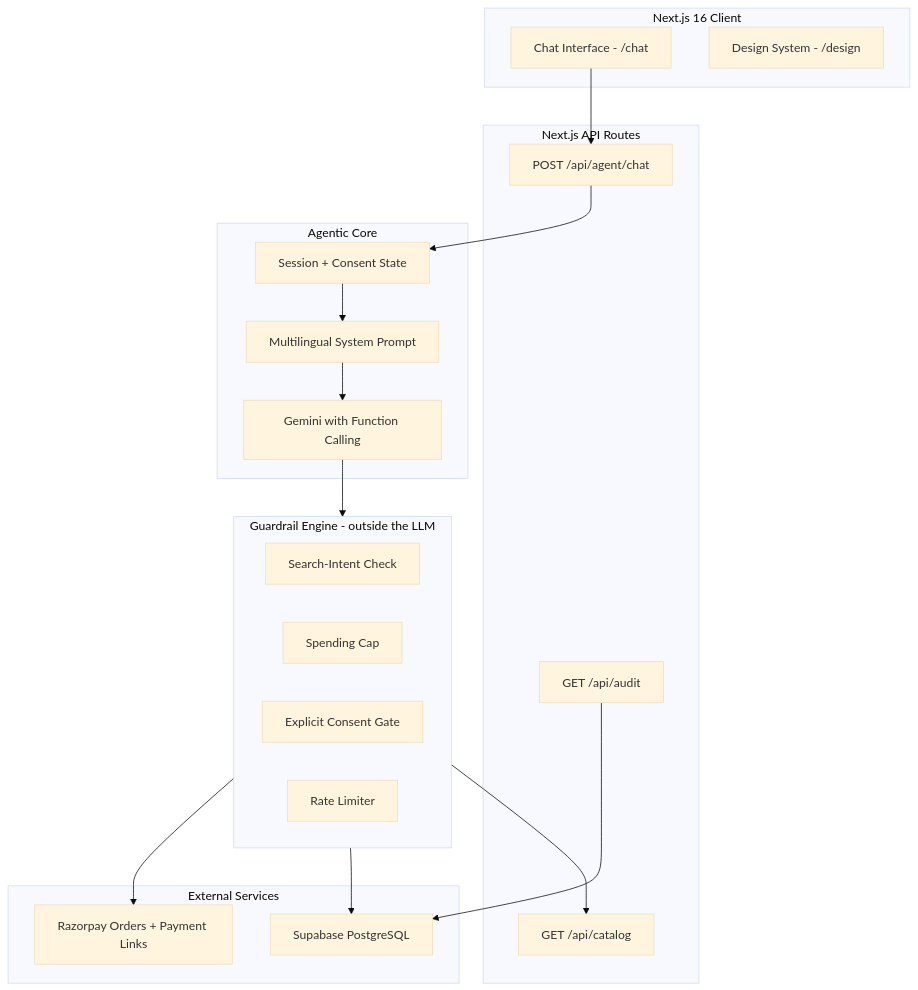
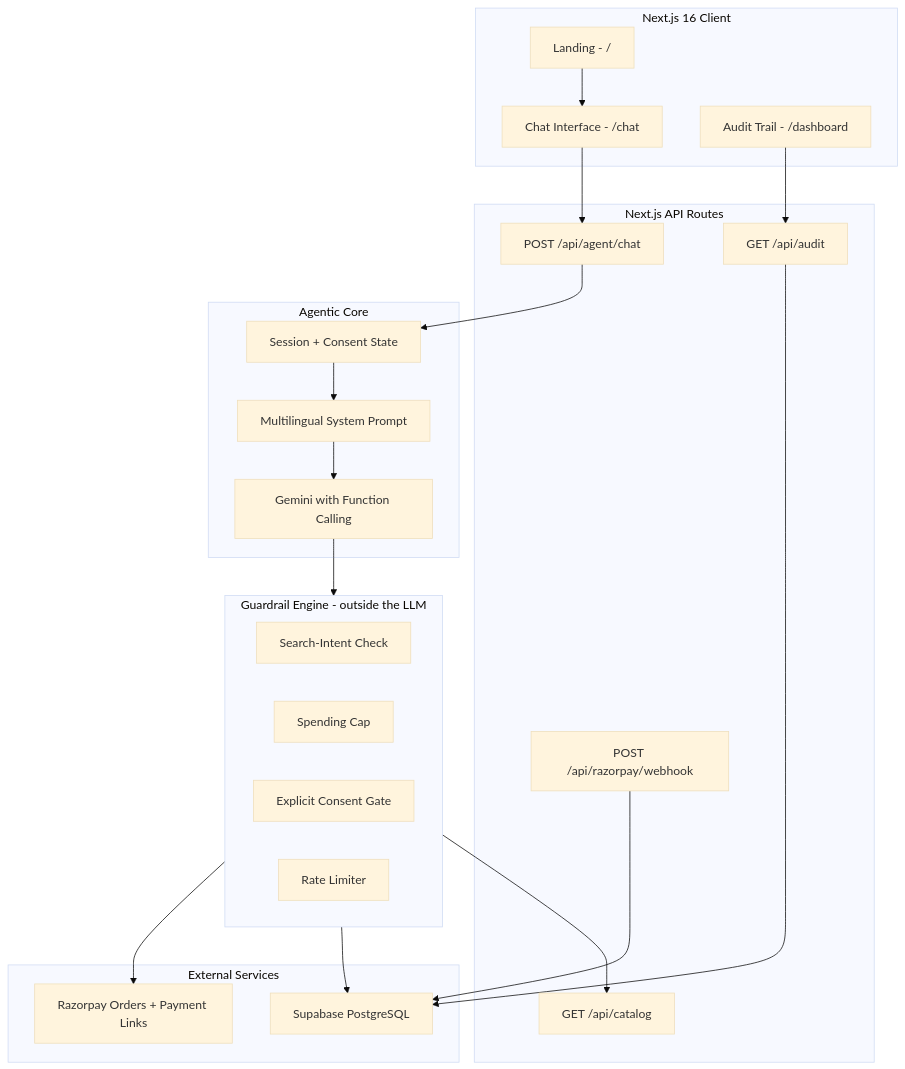
The diagram in README.md (rajdeepchatale/agentpay-india), drawn with Mermaid (base theme) before and after one commit. The commit also changed other lines of this file and 6 other files, not shown here.

````diff
--- a/README.md
+++ b/README.md
@@ -153,38 +153,43 @@
 ```mermaid
 flowchart TB
     subgraph Client["Next.js 16 Client"]
+        Land["Landing - /"]
         UI["Chat Interface - /chat"]
-        Spec["Design System - /design"]
+        Dash["Audit Trail - /dashboard"]
     end
 
     subgraph API["Next.js API Routes"]
         ChatRoute["POST /api/agent/chat"]
+        Hook["POST /api/razorpay/webhook"]
         CatalogRoute["GET /api/catalog"]
         AuditRoute["GET /api/audit"]
     end
 
     subgraph Core["Agentic Core"]
         LLM["Gemini with Function Calling"]
         Prompt["Multilingual System Prompt"]
         State["Session + Consent State"]
     end
 
     subgraph Guard["Guardrail Engine - outside the LLM"]
         Intent["Search-Intent Check"]
         SpendCap["Spending Cap"]
         Consent["Explicit Consent Gate"]
         RateLimit["Rate Limiter"]
     end
 
     subgraph Ext["External Services"]
         Razorpay["Razorpay Orders + Payment Links"]
         Supabase["Supabase PostgreSQL"]
     end
 
+    Land --> UI
+    Dash --> AuditRoute
+    Hook --> Supabase
     UI --> ChatRoute --> State --> Prompt --> LLM
     LLM --> Guard
     Guard --> CatalogRoute
     Guard --> Razorpay
     Guard --> Supabase
     AuditRoute --> Supabase
 ```
````
